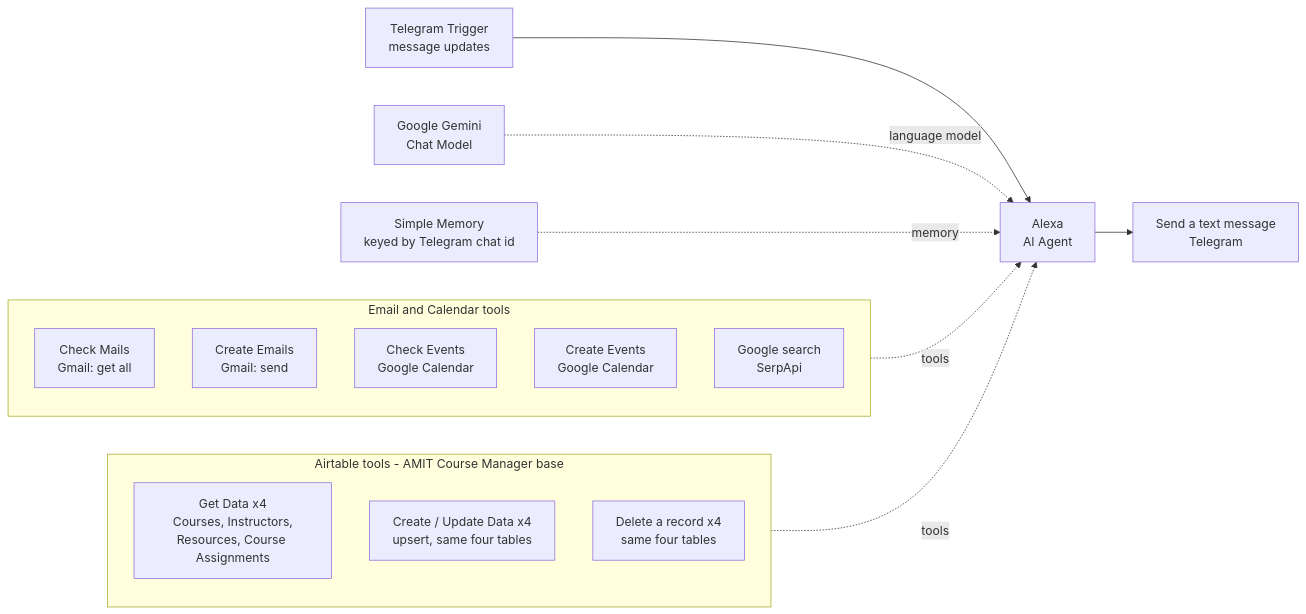
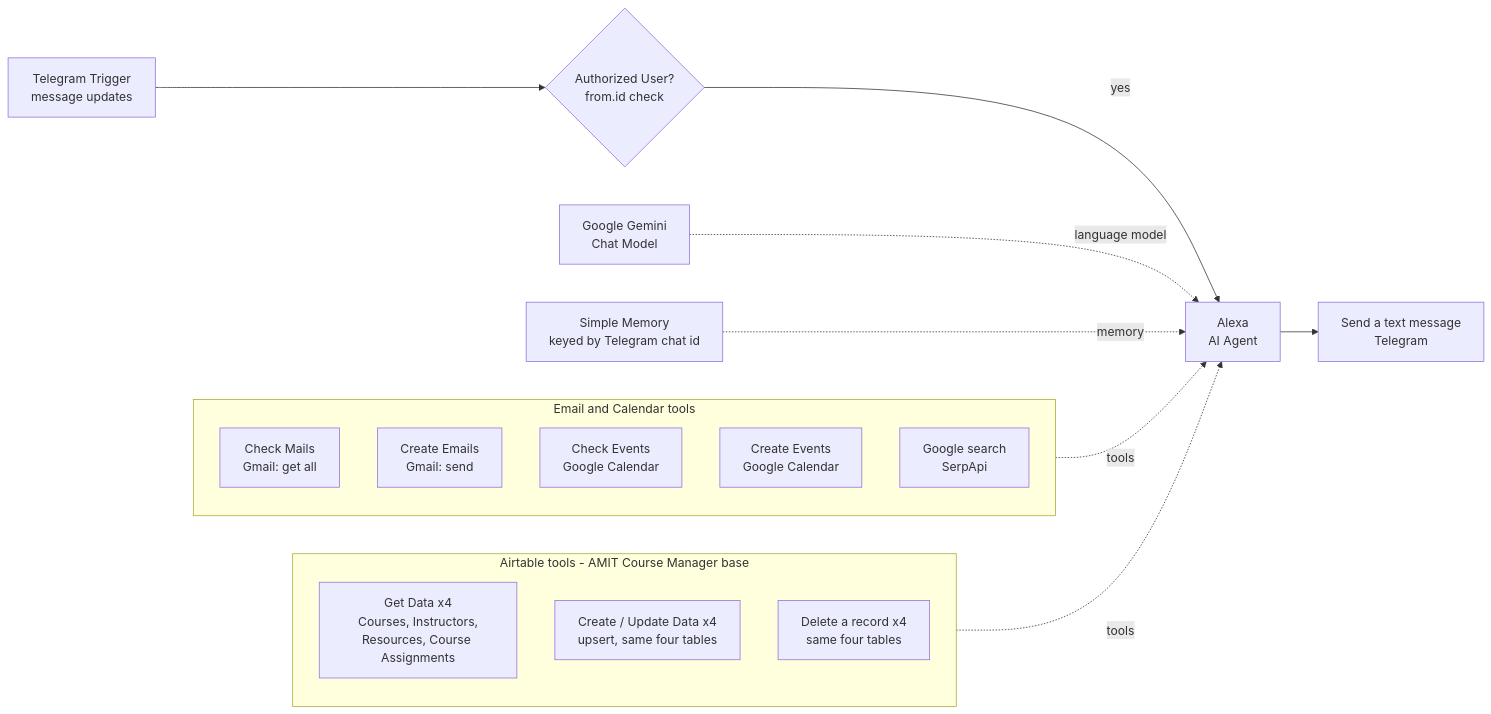
One commit to Omar-Ayman0/n8n-ai-automation-projects changed the first of 2 diagrams in alexa-assistant-v2/README.md. Above: the diagram before and after it, drawn with Mermaid. The commit also changed other lines of this file and 18 other files, not shown here.

````diff
--- a/alexa-assistant-v2/README.md
+++ b/alexa-assistant-v2/README.md
@@ -21,25 +21,26 @@
 ```mermaid
 flowchart LR
-    TG[Telegram Trigger<br/>message updates] --> AG[Alexa<br/>AI Agent]
+    TG[Telegram Trigger<br/>message updates] --> AUTH{Authorized User?<br/>from.id check}
+    AUTH -->|yes| AG[Alexa<br/>AI Agent]
     AG --> OUT[Send a text message<br/>Telegram]
 
     LLM[Google Gemini<br/>Chat Model] -. language model .-> AG
     MEM[Simple Memory<br/>keyed by Telegram chat id] -. memory .-> AG
 
     subgraph EC[Email and Calendar tools]
         GM1[Check Mails<br/>Gmail: get all]
         GM2[Create Emails<br/>Gmail: send]
         CA1[Check Events<br/>Google Calendar]
         CA2[Create Events<br/>Google Calendar]
         SERP[Google search<br/>SerpApi]
     end
 
     subgraph AT[Airtable tools - AMIT Course Manager base]
         G[Get Data x4<br/>Courses, Instructors,<br/>Resources, Course Assignments]
         U[Create / Update Data x4<br/>upsert, same four tables]
         D[Delete a record x4<br/>same four tables]
     end
 
     EC -. tools .-> AG
     AT -. tools .-> AG
 ```
````
